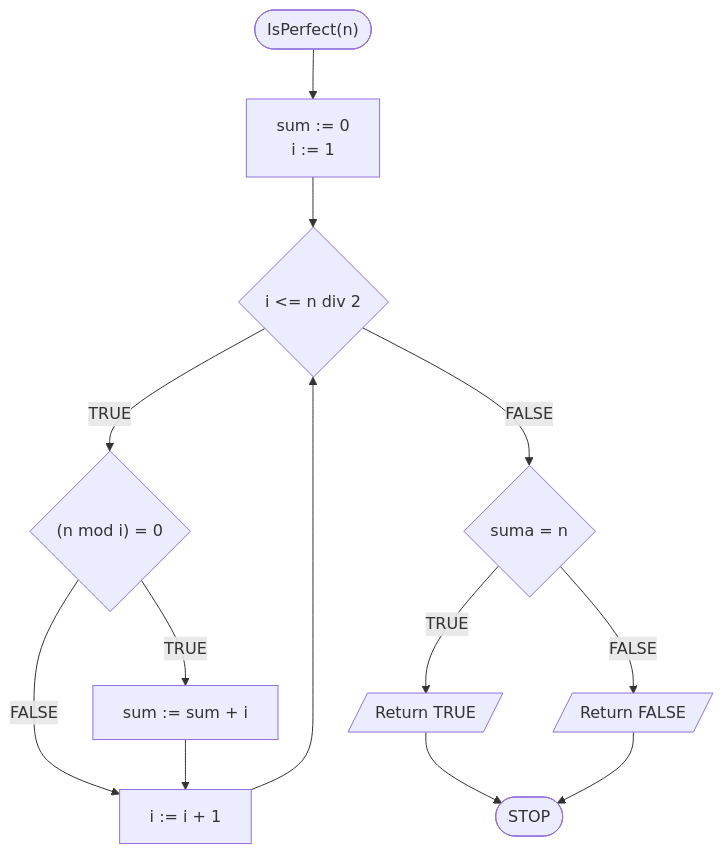
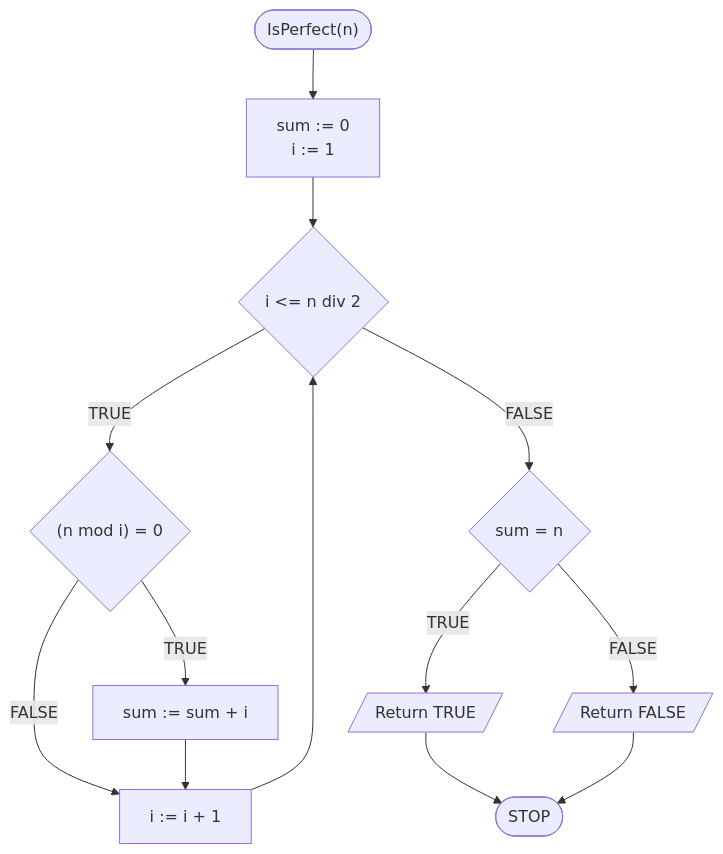
One commit to blackbat13/cs-htiew-en-gitbook changed the first of 2 diagrams in algorithms/integers/perfect-test.md. Above: the diagram before and after it, drawn with Mermaid.

````diff
--- a/algorithms/integers/perfect-test.md
+++ b/algorithms/integers/perfect-test.md
@@ -100,15 +100,15 @@
 ```mermaid
 flowchart TD
 	START(["IsPerfect(n)"]) --> K1[sum := 0\ni := 1]
 	K1 --> K2{i <= n div 2}
 	K2 -- TRUE --> K3{"(n mod i) = 0"}
 	K3 -- TRUE --> K4[sum := sum + i]
 	K3 -- FALSE --> K2i[i := i + 1]
 	K4 --> K2i
 	K2i --> K2
-	K2 -- FALSE --> K5{suma = n}
+	K2 -- FALSE --> K5{sum = n}
 	K5 -- TRUE --> K6[/Return TRUE/]
 	K6 --> STOP([STOP])
 	K5 -- FALSE --> K8[/Return FALSE/]
 	K8 --> STOP
 ```
````
